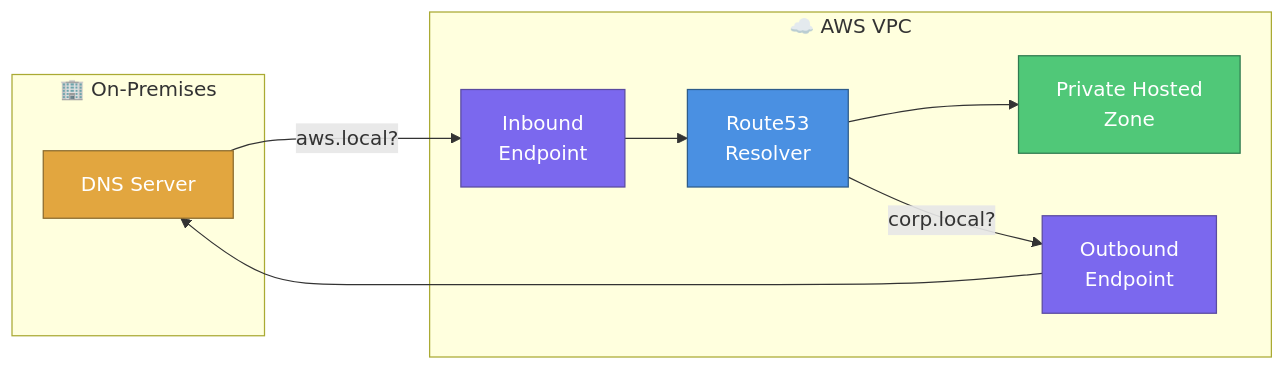
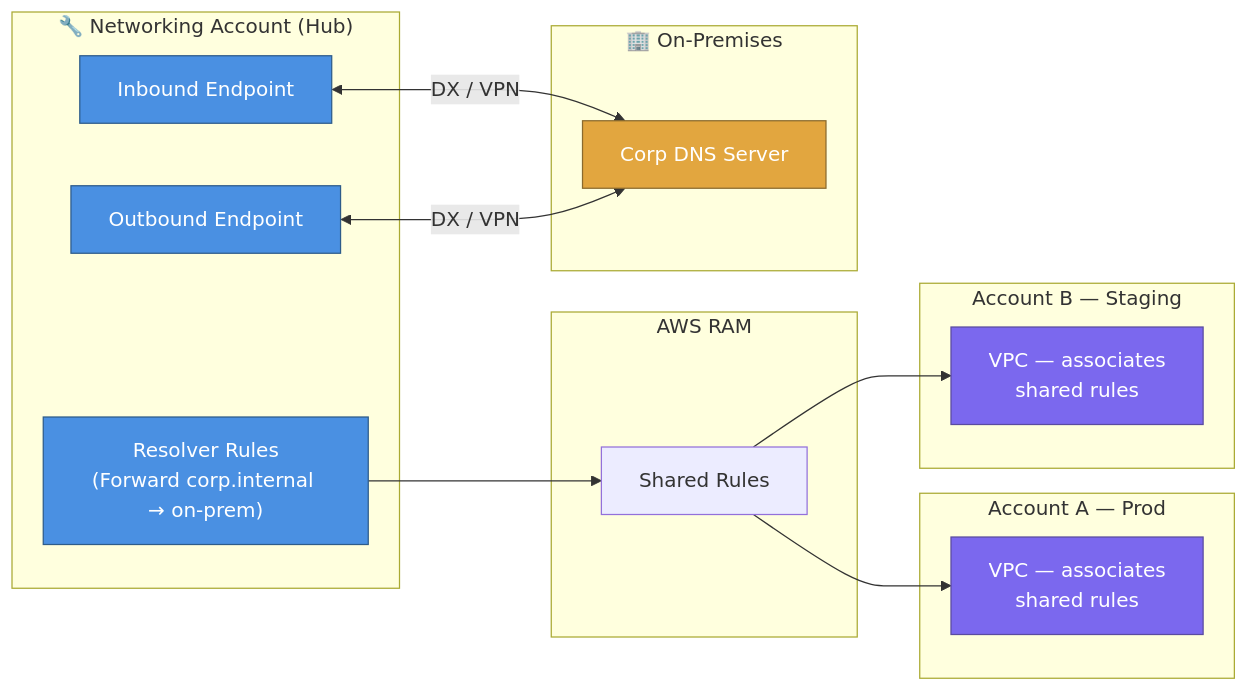
One commit to madhankumar866/cloud-engineering-vault changed diagram 15 of 16 in Knowledge Base/AWS/5. Route53 & Hybrid DNS.md. Above: the diagram before and after it, drawn with Mermaid. The commit also changed other lines of this file and 16 other files, not shown here.

Commit message:
feat: expand AWS VPC documentation, add notes for RAM, Flow Logs, and PrivateLink, and refactor subnet guidelines

````diff
--- a/Knowledge Base/AWS/5. Route53 & Hybrid DNS.md
+++ b/Knowledge Base/AWS/5. Route53 & Hybrid DNS.md
@@ -45,21 +348,32 @@
 ```mermaid
 flowchart LR
-    subgraph OnPrem["🏢 On-Premises"]
-        ODNS[DNS Server]
+    subgraph HUB["🔧 Networking Account (Hub)"]
+        IN["Inbound Endpoint"]
+        OUT["Outbound Endpoint"]
+        RULES["Resolver Rules<br/>(Forward corp.internal → on-prem)"]
     end
-    subgraph VPC["☁️ AWS VPC"]
-        IN["Inbound<br/>Endpoint"]
-        OUT["Outbound<br/>Endpoint"]
-        R53R["Route53<br/>Resolver"]
-        PHZ["Private Hosted<br/>Zone"]
+    subgraph RAM["AWS RAM"]
+        SHARE["Shared Rules"]
+    end
+    subgraph ACC1["Account A — Prod"]
+        VPC1["VPC — associates<br/>shared rules"]
+    end
+    subgraph ACC2["Account B — Staging"]
+        VPC2["VPC — associates<br/>shared rules"]
+    end
+    subgraph ONPREM["🏢 On-Premises"]
+        DNS["Corp DNS Server"]
     end
 
-    ODNS -- "aws.local?" --> IN --> R53R --> PHZ
-    R53R -- "corp.local?" --> OUT --> ODNS
+    RULES --> SHARE --> VPC1
+    SHARE --> VPC2
+    IN <-->|"DX / VPN"| DNS
+    OUT <-->|"DX / VPN"| DNS
 
-    style IN fill:#7B68EE,stroke:#5A4BA0,color:#fff
-    style OUT fill:#7B68EE,stroke:#5A4BA0,color:#fff
-    style R53R fill:#4A90E2,stroke:#2E5C8A,color:#fff
-    style PHZ fill:#50C878,stroke:#2F7A4F,color:#fff
-    style ODNS fill:#E2A63F,stroke:#8A6A2E,color:#fff
+    classDef hub fill:#4A90E2,stroke:#2E5C8A,color:#fff
+    classDef acc fill:#7B68EE,stroke:#5A4BA0,color:#fff
+    classDef onp fill:#E2A63F,stroke:#8A6A2E,color:#fff
+    class IN,OUT,RULES hub
+    class VPC1,VPC2 acc
+    class DNS onp
 ```
````
